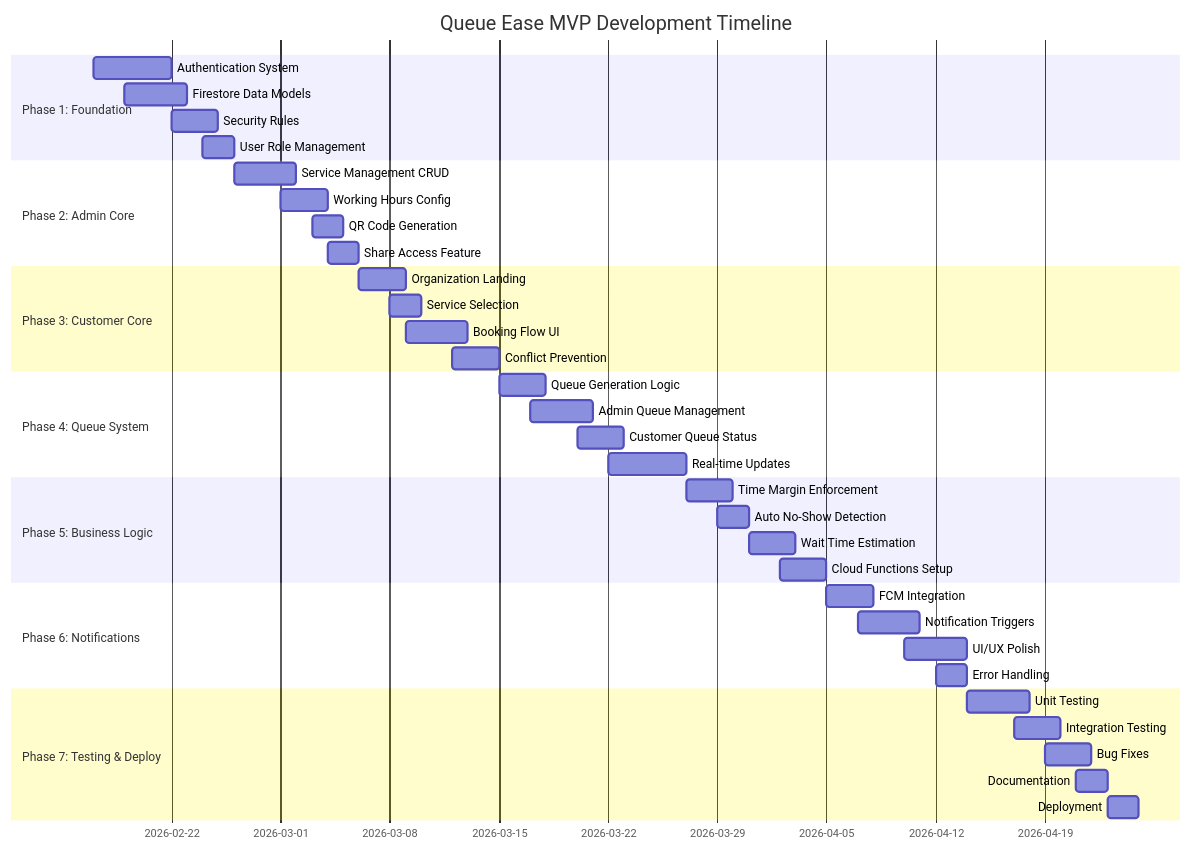
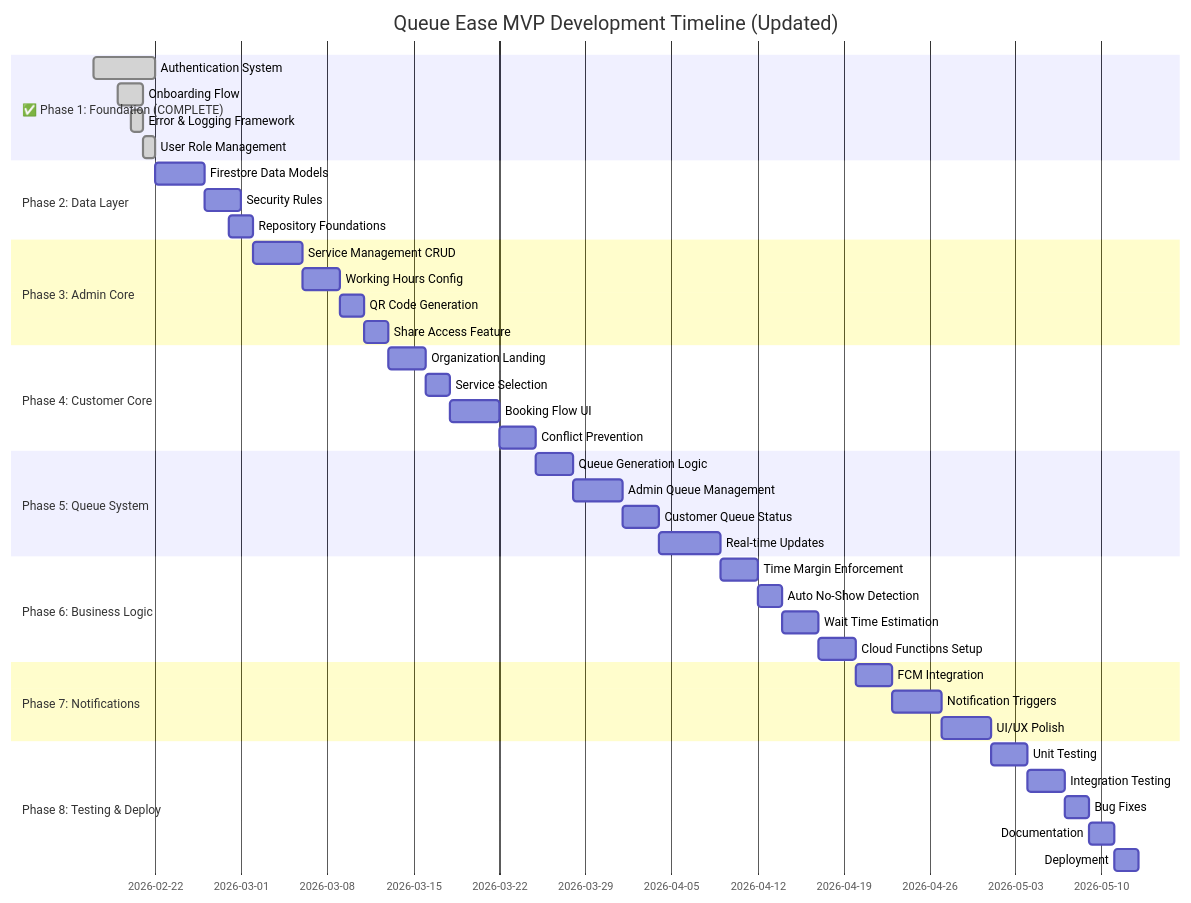
One commit to Clark605/queue_ease changed the first of 6 diagrams in docs/PROJECT_TIMELINE.md. Above: the diagram before and after it, drawn with Mermaid. The commit also changed other lines of this file and 1 other file, not shown here.

Commit message:
docs(timeline): update project timeline and progress summary

````diff
--- a/docs/PROJECT_TIMELINE.md
+++ b/docs/PROJECT_TIMELINE.md
@@ -11,47 +36,51 @@
 ```mermaid
 gantt
-    title Queue Ease MVP Development Timeline
+    title Queue Ease MVP Development Timeline (Updated)
     dateFormat YYYY-MM-DD
-    section Phase 1: Foundation
-    Authentication System           :p1a, 2026-02-17, 5d
-    Firestore Data Models          :p1b, 2026-02-19, 4d
-    Security Rules                 :p1c, 2026-02-22, 3d
-    User Role Management           :p1d, 2026-02-24, 2d
+    section ✅ Phase 1: Foundation (COMPLETE)
+    Authentication System           :done, p1a, 2026-02-17, 5d
+    Onboarding Flow                :done, p1a2, 2026-02-19, 2d
+    Error & Logging Framework      :done, p1a3, 2026-02-20, 1d
+    User Role Management           :done, p1d, 2026-02-21, 1d
     
-    section Phase 2: Admin Core
-    Service Management CRUD        :p2a, 2026-02-26, 4d
-    Working Hours Config           :p2b, 2026-03-01, 3d
-    QR Code Generation             :p2c, 2026-03-03, 2d
-    Share Access Feature           :p2d, 2026-03-04, 2d
+    section Phase 2: Data Layer
+    Firestore Data Models          :p1b, 2026-02-22, 4d
+    Security Rules                 :p1c, 2026-02-26, 3d
+    Repository Foundations         :p1c2, 2026-02-28, 2d
     
-    section Phase 3: Customer Core
-    Organization Landing           :p3a, 2026-03-06, 3d
-    Service Selection              :p3b, 2026-03-08, 2d
-    Booking Flow UI                :p3c, 2026-03-09, 4d
-    Conflict Prevention            :p3d, 2026-03-12, 3d
+    section Phase 3: Admin Core
+    Service Management CRUD        :p2a, 2026-03-02, 4d
+    Working Hours Config           :p2b, 2026-03-06, 3d
+    QR Code Generation             :p2c, 2026-03-09, 2d
+    Share Access Feature           :p2d, 2026-03-11, 2d
     
-    section Phase 4: Queue System
-    Queue Generation Logic         :p4a, 2026-03-15, 3d
-    Admin Queue Management         :p4b, 2026-03-17, 4d
-    Customer Queue Status          :p4c, 2026-03-20, 3d
-    Real-time Updates              :p4d, 2026-03-22, 5d
+    section Phase 4: Customer Core
+    Organization Landing           :p3a, 2026-03-13, 3d
+    Service Selection              :p3b, 2026-03-16, 2d
+    Booking Flow UI                :p3c, 2026-03-18, 4d
+    Conflict Prevention            :p3d, 2026-03-22, 3d
     
-    section Phase 5: Business Logic
-    Time Margin Enforcement        :p5a, 2026-03-27, 3d
-    Auto No-Show Detection         :p5b, 2026-03-29, 2d
-    Wait Time Estimation           :p5c, 2026-03-31, 3d
-    Cloud Functions Setup          :p5d, 2026-04-02, 3d
+    section Phase 5: Queue System
+    Queue Generation Logic         :p4a, 2026-03-25, 3d
+    Admin Queue Management         :p4b, 2026-03-28, 4d
+    Customer Queue Status          :p4c, 2026-04-01, 3d
+    Real-time Updates              :p4d, 2026-04-04, 5d
     
-    section Phase 6: Notifications
-    FCM Integration                :p6a, 2026-04-05, 3d
-    Notification Triggers          :p6b, 2026-04-07, 4d
-    UI/UX Polish                   :p6c, 2026-04-10, 4d
-    Error Handling                 :p6d, 2026-04-12, 2d
+    section Phase 6: Business Logic
+    Time Margin Enforcement        :p5a, 2026-04-09, 3d
+    Auto No-Show Detection         :p5b, 2026-04-12, 2d
+    Wait Time Estimation           :p5c, 2026-04-14, 3d
+    Cloud Functions Setup          :p5d, 2026-04-17, 3d
     
-    section Phase 7: Testing & Deploy
-    Unit Testing                   :p7a, 2026-04-14, 4d
-    Integration Testing            :p7b, 2026-04-17, 3d
-    Bug Fixes                      :p7c, 2026-04-19, 3d
-    Documentation                  :p7d, 2026-04-21, 2d
-    Deployment                     :p7e, 2026-04-23, 2d
+    section Phase 7: Notifications
+    FCM Integration                :p6a, 2026-04-20, 3d
+    Notification Triggers          :p6b, 2026-04-23, 4d
+    UI/UX Polish                   :p6c, 2026-04-27, 4d
+    
+    section Phase 8: Testing & Deploy
+    Unit Testing                   :p7a, 2026-05-01, 3d
+    Integration Testing            :p7b, 2026-05-04, 3d
+    Bug Fixes                      :p7c, 2026-05-07, 2d
+    Documentation                  :p7d, 2026-05-09, 2d
+    Deployment                     :p7e, 2026-05-11, 2d
 ```
````
